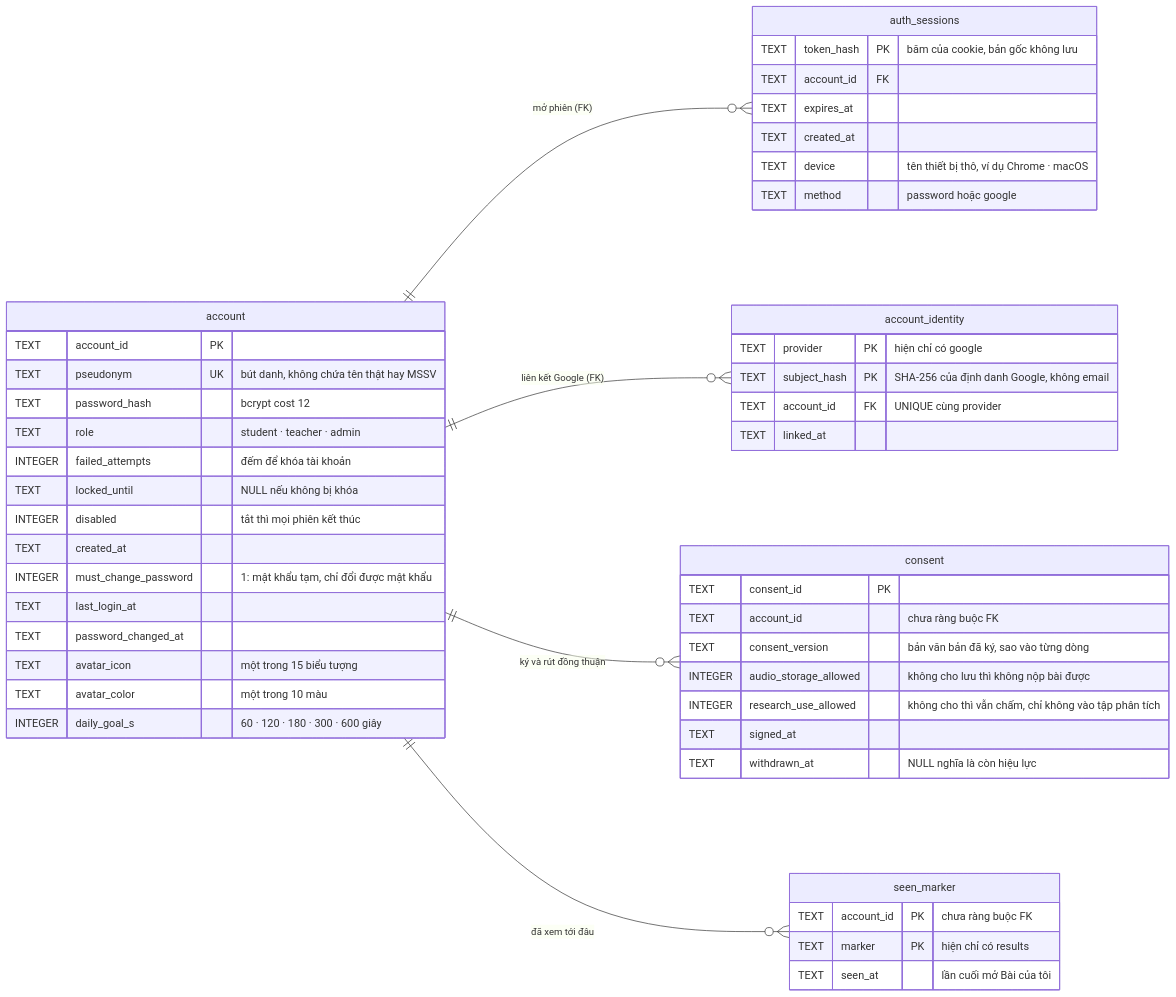
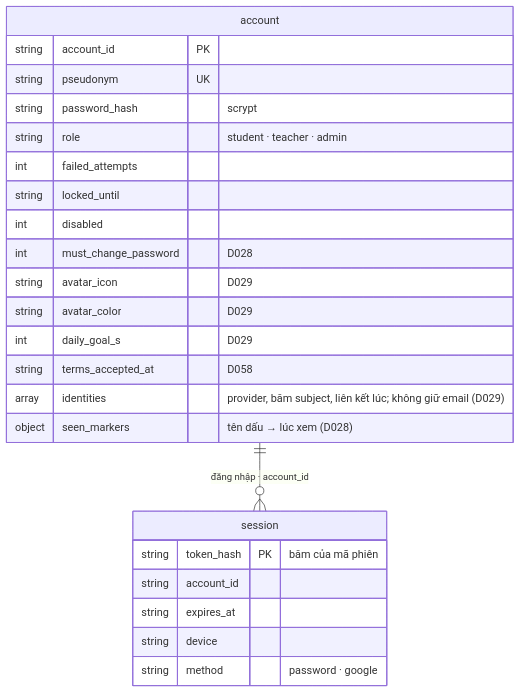
One commit to ThanhSangLouis/ai-assessor-cefr changed the seventh of 12 diagrams in docs/sdd/SDD.md. Above: the diagram before and after it, drawn with Mermaid. The commit also changed other lines of this file and 327 other files, not shown here.

First line of the commit message:
Sau W7: band A1–C2, bỏ đồng thuận, sơ đồ lớp thực thể và collection theo sơ đồ (D058–D060) (#78)

````diff
--- a/docs/sdd/SDD.md
+++ b/docs/sdd/SDD.md
@@ -1072,68 +1062,32 @@
 ```mermaid
-%% SDD - Diagram 5c: ERD - dinh danh, dong thuan va trang thai theo tai khoan
-%% Phan con lai cua lang dang chay; phan cham diem o hinh 5, cham mu o hinh 5d.
-%% Kieu ghi dung kieu SQLite that: TEXT / INTEGER / REAL.
-%% Ve ngang (direction LR) vi account co bon bang con: ve doc thi bon bang con
-%% nam tren mot hang, ty le vuot 2,0 va in A4 thi chu mat. rankSpacing gian
-%% khoang giua hai cot de nhan cua quan he khong de len chan qua.
-%% Cot them o D028 (must_change_password, last_login_at, password_changed_at)
-%% va D029 (avatar_icon, avatar_color, daily_goal_s; device, method cua
-%% auth_sessions) do _upgrade_schema them bang ALTER TABLE, khong nam trong
-%% cau lenh CREATE TABLE.
-%%{init: {"er": {"rankSpacing": 220}}}%%
+%% SDD - Diagram 5c: ERD - dinh danh (MongoDB, database core, D060)
+%% Lien ket Google va dau "da xem" nam trong document cua tai khoan; phien dang
+%% nhap la collection rieng vi can chi muc TTL tu xoa phien het han.
 erDiagram
-    direction LR
-    account ||--o{ auth_sessions : "mở phiên (FK)"
-    account ||--o{ account_identity : "liên kết Google (FK)"
-    account ||--o{ consent : "ký và rút đồng thuận"
-    account ||--o{ seen_marker : "đã xem tới đâu"
+    account ||--o{ session : "đăng nhập · account_id"
 
     account {
-        TEXT account_id PK
-        TEXT pseudonym UK "bút danh, không chứa tên thật hay MSSV"
-        TEXT password_hash "bcrypt cost 12"
-        TEXT role "student · teacher · admin"
-        INTEGER failed_attempts "đếm để khóa tài khoản"
-        TEXT locked_until "NULL nếu không bị khóa"
-        INTEGER disabled "tắt thì mọi phiên kết thúc"
-        TEXT created_at
-        INTEGER must_change_password "1: mật khẩu tạm, chỉ đổi được mật khẩu"
-        TEXT last_login_at
-        TEXT password_changed_at
-        TEXT avatar_icon "một trong 15 biểu tượng"
-        TEXT avatar_color "một trong 10 màu"
-        INTEGER daily_goal_s "60 · 120 · 180 · 300 · 600 giây"
+        string account_id PK
+        string pseudonym UK
+        string password_hash "scrypt"
+        string role "student · teacher · admin"
+        int failed_attempts
+        string locked_until
+        int disabled
+        int must_change_password "D028"
+        string avatar_icon "D029"
+        string avatar_color "D029"
+        int daily_goal_s "D029"
+        string terms_accepted_at "D058"
+        array identities "provider, băm subject, liên kết lúc; không giữ email (D029)"
+        object seen_markers "tên dấu → lúc xem (D028)"
     }
 
-    auth_sessions {
-        TEXT token_hash PK "băm của cookie, bản gốc không lưu"
-        TEXT account_id FK
-        TEXT expires_at
-        TEXT created_at
-        TEXT device "tên thiết bị thô, ví dụ Chrome · macOS"
-        TEXT method "password hoặc google"
-    }
-
-    account_identity {
-        TEXT provider PK "hiện chỉ có google"
-        TEXT subject_hash PK "SHA-256 của định danh Google, không email"
-        TEXT account_id FK "UNIQUE cùng provider"
-        TEXT linked_at
-    }
-
-    consent {
-        TEXT consent_id PK
-        TEXT account_id "chưa ràng buộc FK"
-        TEXT consent_version "bản văn bản đã ký, sao vào từng dòng"
-        INTEGER audio_storage_allowed "không cho lưu thì không nộp bài được"
-        INTEGER research_use_allowed "không cho thì vẫn chấm, chỉ không vào tập phân tích"
-        TEXT signed_at
-        TEXT withdrawn_at "NULL nghĩa là còn hiệu lực"
-    }
-
-    seen_marker {
-        TEXT account_id PK "chưa ràng buộc FK"
-        TEXT marker PK "hiện chỉ có results"
-        TEXT seen_at "lần cuối mở Bài của tôi"
+    session {
+        string token_hash PK "băm của mã phiên"
+        string account_id
+        string expires_at
+        string device
+        string method "password · google"
     }
 ```
````
